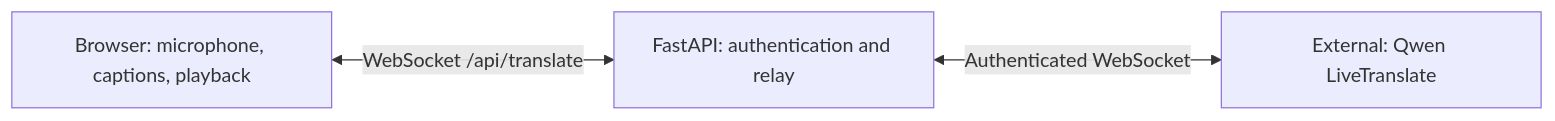
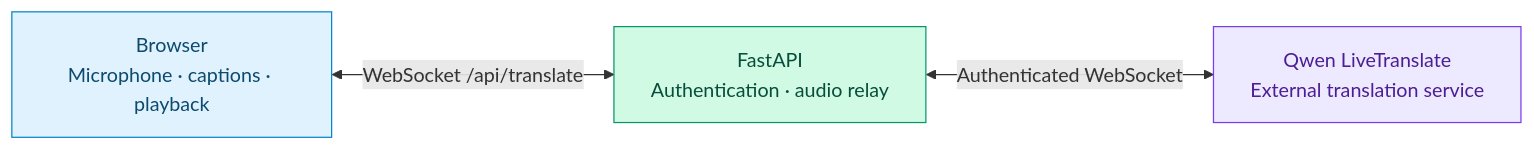
One commit to latentspace7/LiveTranslate changed the diagram in README.md. Above: the diagram before and after it, drawn with Mermaid. The commit also changed other lines of this file, not shown here.

````diff
--- a/README.md
+++ b/README.md
@@ -57,5 +72,11 @@
 ```mermaid
 flowchart LR
-    Browser["Browser: microphone, captions, playback"] <-->|"WebSocket /api/translate"| API["FastAPI: authentication and relay"]
-    API <-->|"Authenticated WebSocket"| Qwen["External: Qwen LiveTranslate"]
+    Browser["Browser<br/>Microphone · captions · playback"] <-->|"WebSocket /api/translate"| API["FastAPI<br/>Authentication · audio relay"]
+    API <-->|"Authenticated WebSocket"| Qwen["Qwen LiveTranslate<br/>External translation service"]
+    classDef browser fill:#e0f2fe,stroke:#0284c7,color:#0c4a6e
+    classDef backend fill:#d1fae5,stroke:#059669,color:#064e3b
+    classDef provider fill:#ede9fe,stroke:#7c3aed,color:#4c1d95
+    class Browser browser
+    class API backend
+    class Qwen provider
 ```
````
